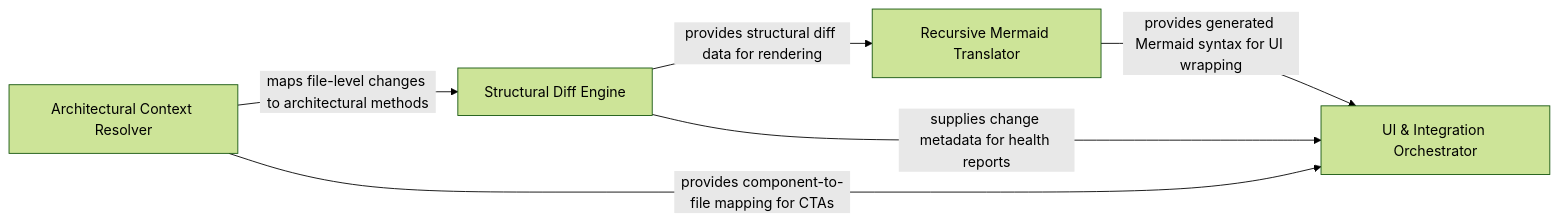
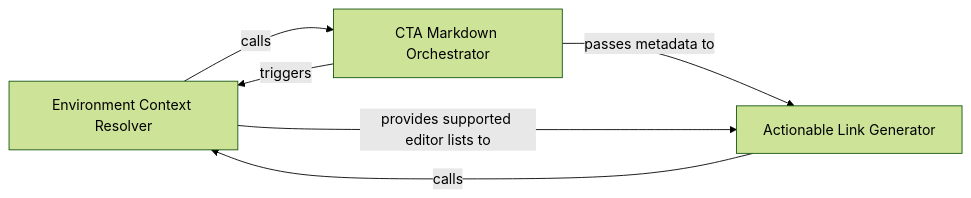
Before and after one commit to CodeBoarding/CodeBoarding-action: the third of 5 diagrams in docs/development/architecture.md, drawn with Mermaid (forest theme). The commit also changed other lines of this file and 12 other files, not shown here.

Commit message:
chore(codeboarding): sync architecture baseline

````diff
--- a/docs/development/architecture.md
+++ b/docs/development/architecture.md
@@ -383,12 +274,11 @@
 ```mermaid
 graph LR
-    Structural_Diff_Engine["Structural Diff Engine"]
-    Recursive_Mermaid_Translator["Recursive Mermaid Translator"]
-    Architectural_Context_Resolver["Architectural Context Resolver"]
-    UI_Integration_Orchestrator["UI & Integration Orchestrator"]
-    Structural_Diff_Engine -- "provides structural diff data for rendering" --> Recursive_Mermaid_Translator
-    Architectural_Context_Resolver -- "maps file-level changes to architectural methods" --> Structural_Diff_Engine
-    Recursive_Mermaid_Translator -- "provides generated Mermaid syntax for UI wrapping" --> UI_Integration_Orchestrator
-    Structural_Diff_Engine -- "supplies change metadata for health reports" --> UI_Integration_Orchestrator
-    Architectural_Context_Resolver -- "provides component-to-file mapping for CTAs" --> UI_Integration_Orchestrator
+    Environment_Context_Resolver["Environment Context Resolver"]
+    Actionable_Link_Generator["Actionable Link Generator"]
+    CTA_Markdown_Orchestrator["CTA Markdown Orchestrator"]
+    CTA_Markdown_Orchestrator -- "triggers" --> Environment_Context_Resolver
+    CTA_Markdown_Orchestrator -- "passes metadata to" --> Actionable_Link_Generator
+    Environment_Context_Resolver -- "provides supported editor lists to" --> Actionable_Link_Generator
+    Environment_Context_Resolver -- "calls" --> CTA_Markdown_Orchestrator
+    Actionable_Link_Generator -- "calls" --> Environment_Context_Resolver
 ```
````
